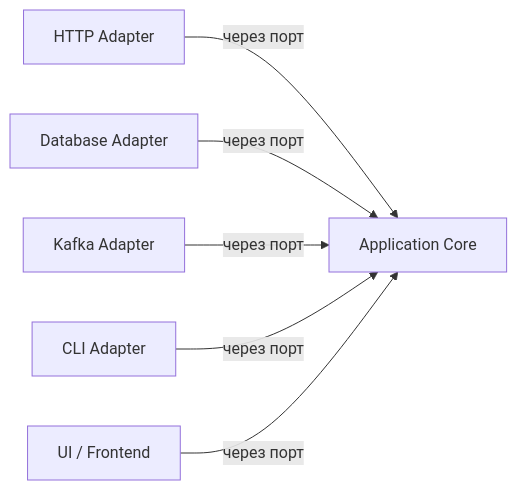
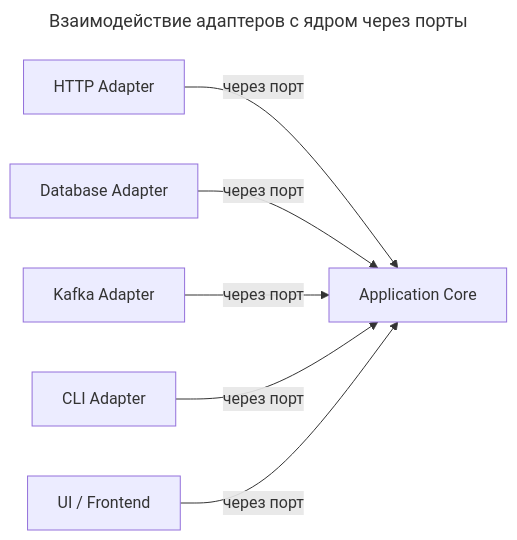
Before and after one commit to mrtxee/enterprise-developer-almanac: the diagram in software-engineer/pattern/architecture/Hexagonal Architecture.md, drawn with Mermaid. The commit also changed other lines of this file and 40 other files, not shown here.

````diff
--- a/software-engineer/pattern/architecture/Hexagonal Architecture.md
+++ b/software-engineer/pattern/architecture/Hexagonal Architecture.md
@@ -29,8 +32,11 @@
 ```mermaid
+---
+title: Взаимодействие адаптеров с ядром через порты
+---
 graph LR
     A[HTTP Adapter] -->|через порт| B[Application Core]
     C[Database Adapter] -->|через порт| B
     D[Kafka Adapter] -->|через порт| B
     E[CLI Adapter] -->|через порт| B
     F[UI / Frontend] -->|через порт| B
 ```
````
